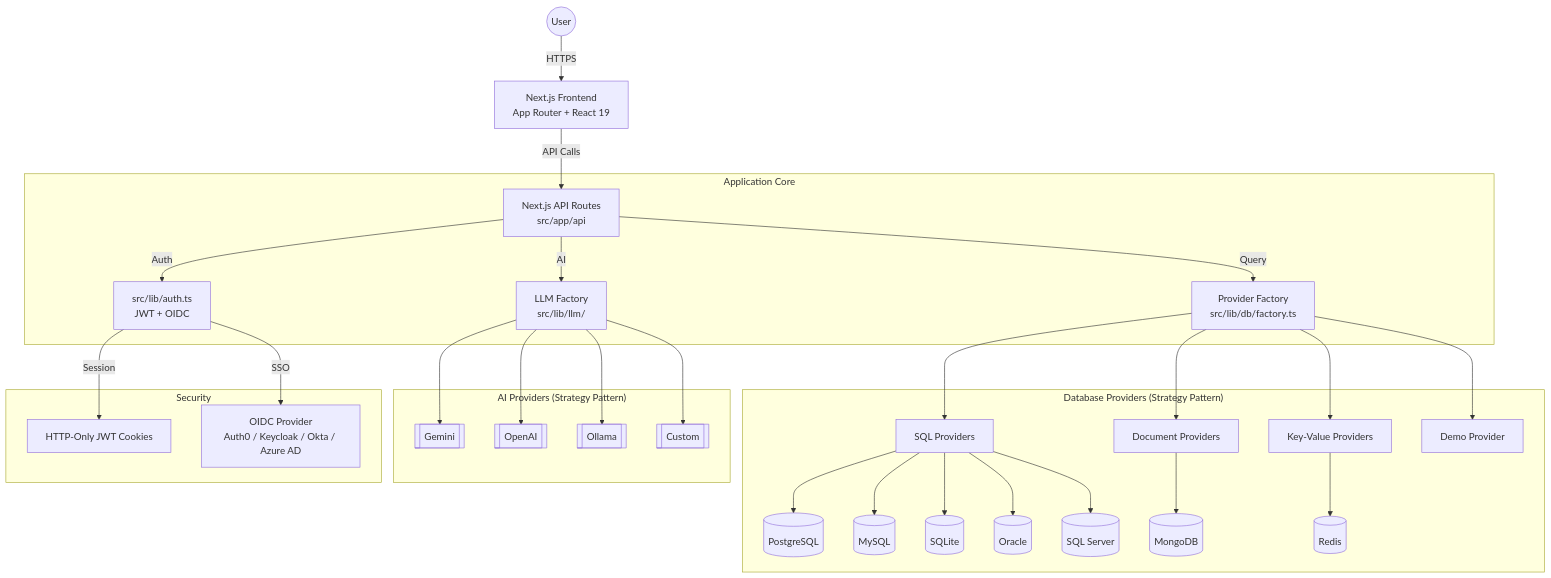
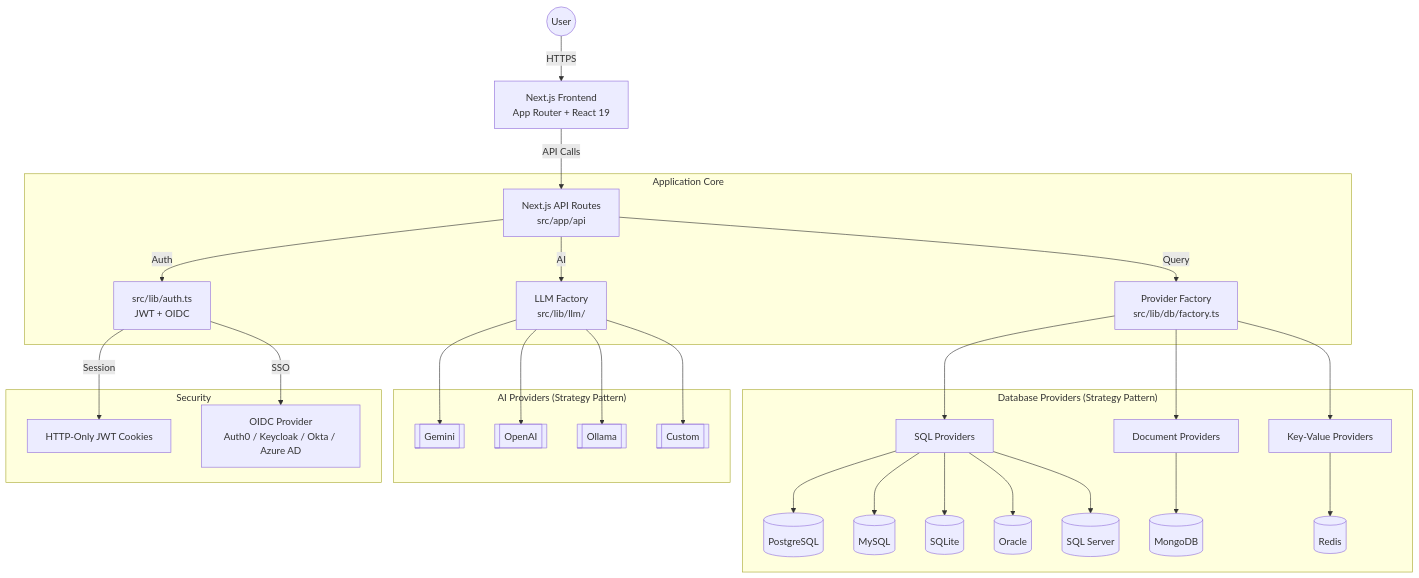
The first of 3 diagrams in docs/ARCHITECTURE.md (libredb/libredb-studio), drawn with Mermaid before and after one commit. The commit also changed other lines of this file and 35 other files, not shown here.

````diff
--- a/docs/ARCHITECTURE.md
+++ b/docs/ARCHITECTURE.md
@@ -27,38 +27,37 @@
 ```mermaid
 graph TD
     User((User)) -->|HTTPS| Frontend[Next.js Frontend<br/>App Router + React 19]
     Frontend -->|API Calls| API[Next.js API Routes<br/>src/app/api]
 
     subgraph "Application Core"
         API -->|Auth| AuthLib[src/lib/auth.ts<br/>JWT + OIDC]
         API -->|Query| DBFactory[Provider Factory<br/>src/lib/db/factory.ts]
         API -->|AI| LLMFactory[LLM Factory<br/>src/lib/llm/]
     end
 
     subgraph "Database Providers (Strategy Pattern)"
         DBFactory --> SQL[SQL Providers]
         DBFactory --> Document[Document Providers]
         DBFactory --> KeyValue[Key-Value Providers]
-        DBFactory --> Demo[Demo Provider]
 
         SQL --> PG[(PostgreSQL)]
         SQL --> MySQL[(MySQL)]
         SQL --> SQLite[(SQLite)]
         SQL --> Oracle[(Oracle)]
         SQL --> MSSQL[(SQL Server)]
         Document --> MongoDB[(MongoDB)]
         KeyValue --> Redis[(Redis)]
     end
 
     subgraph "AI Providers (Strategy Pattern)"
         LLMFactory --> Gemini[[Gemini]]
         LLMFactory --> OpenAI[[OpenAI]]
         LLMFactory --> Ollama[[Ollama]]
         LLMFactory --> CustomLLM[[Custom]]
     end
 
     subgraph "Security"
         AuthLib -->|Session| JWT[HTTP-Only JWT Cookies]
         AuthLib -->|SSO| OIDC[OIDC Provider<br/>Auth0 / Keycloak / Okta / Azure AD]
     end
 ```
````
